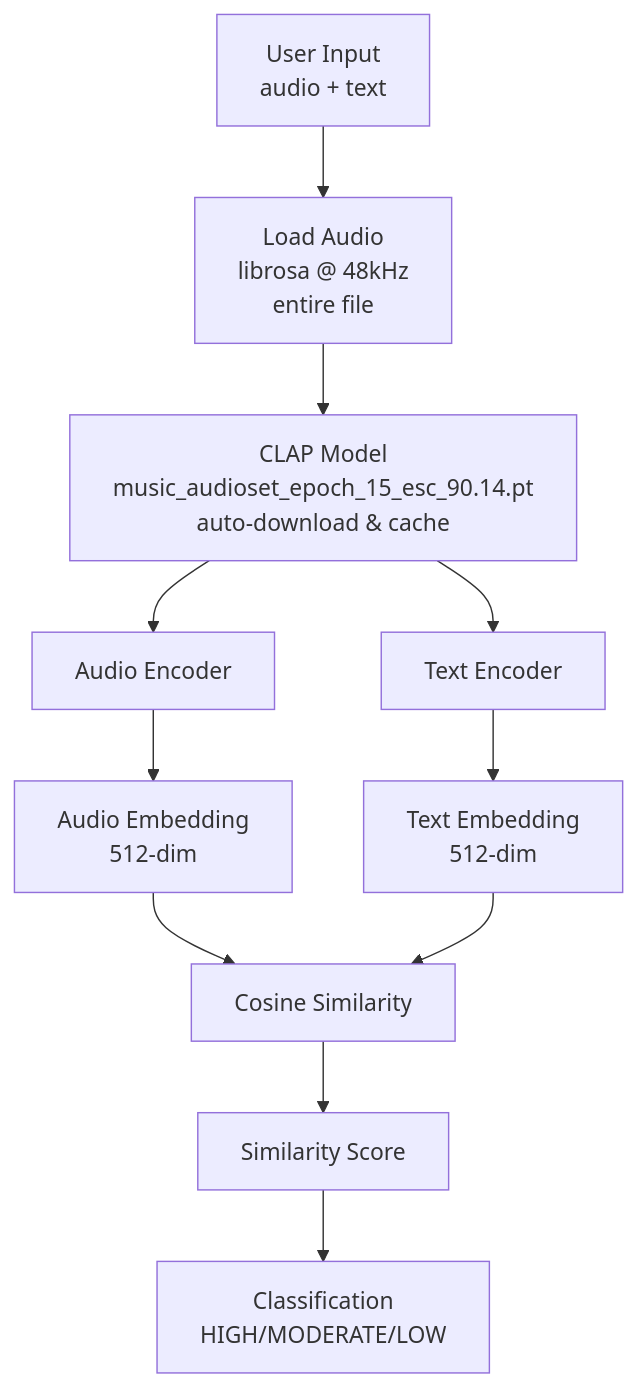
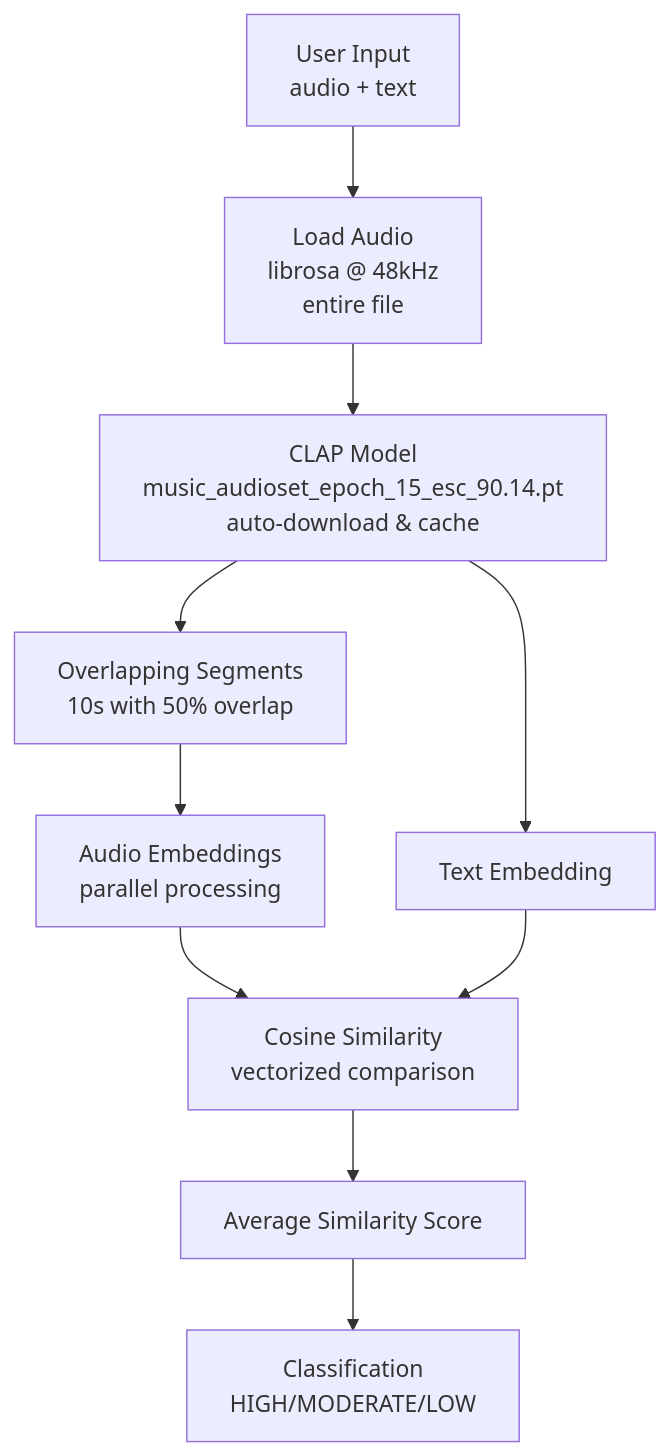
One commit to gcolangiulisuse/hw25-song-search changed the first of 2 diagrams in docs/2-initial_implementation.md. Above: the diagram before and after it, drawn with Mermaid. The commit also changed other lines of this file and 5 other files, not shown here.

````diff
--- a/docs/2-initial_implementation.md
+++ b/docs/2-initial_implementation.md
@@ -18,13 +19,12 @@
 ```mermaid
 graph TD
     A[User Input<br/>audio + text] --> B[Load Audio<br/>librosa @ 48kHz<br/>entire file]
     B --> C[CLAP Model<br/>music_audioset_epoch_15_esc_90.14.pt<br/>auto-download & cache]
-    C --> D[Audio Encoder]
-    C --> E[Text Encoder]
-    D --> F[Audio Embedding<br/>512-dim]
-    E --> G[Text Embedding<br/>512-dim]
-    F --> H[Cosine Similarity]
-    G --> H
-    H --> I[Similarity Score]
-    I --> J[Classification<br/>HIGH/MODERATE/LOW]
+    C --> D[Overlapping Segments<br/>10s with 50% overlap]
+    D --> E[Audio Embeddings<br/>parallel processing]
+    C --> F[Text Embedding]
+    E --> G[Cosine Similarity<br/>vectorized comparison]
+    F --> G
+    G --> H[Average Similarity Score]
+    H --> I[Classification<br/>HIGH/MODERATE/LOW]
 ```
````
